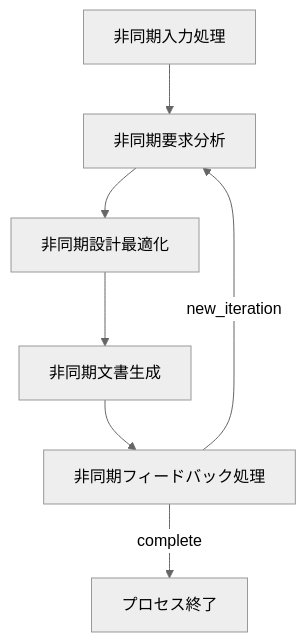
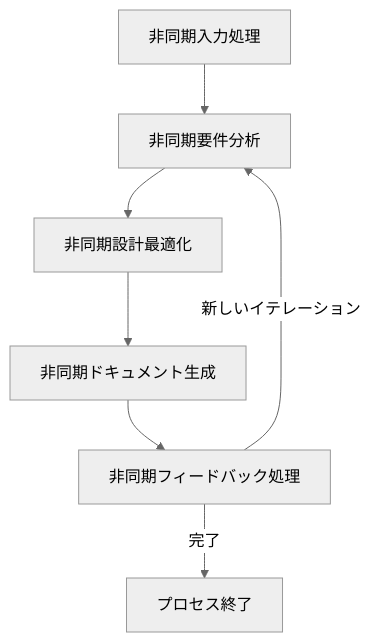
Before and after one commit to jennifer88huang/GTPlanner: the diagram in README_ja.md, drawn with Mermaid (neutral theme). The commit also changed other lines of this file and 14 other files, not shown here.

````diff
--- a/README_ja.md
+++ b/README_ja.md
@@ -204,9 +233,9 @@
 ```mermaid
 flowchart TD
-    inputNode[非同期入力処理] --> analysisNode[非同期要求分析]
+    inputNode[非同期入力処理] --> analysisNode[非同期要件分析]
     analysisNode --> optimizationNode[非同期設計最適化]
-    optimizationNode --> docGenNode[非同期文書生成]
+    optimizationNode --> docGenNode[非同期ドキュメント生成]
     docGenNode --> feedbackNode[非同期フィードバック処理]
-    feedbackNode -->|new_iteration| analysisNode
-    feedbackNode -->|complete| endNode[プロセス終了]
+    feedbackNode -->|新しいイテレーション| analysisNode
+    feedbackNode -->|完了| endNode[プロセス終了]
 ```
````
